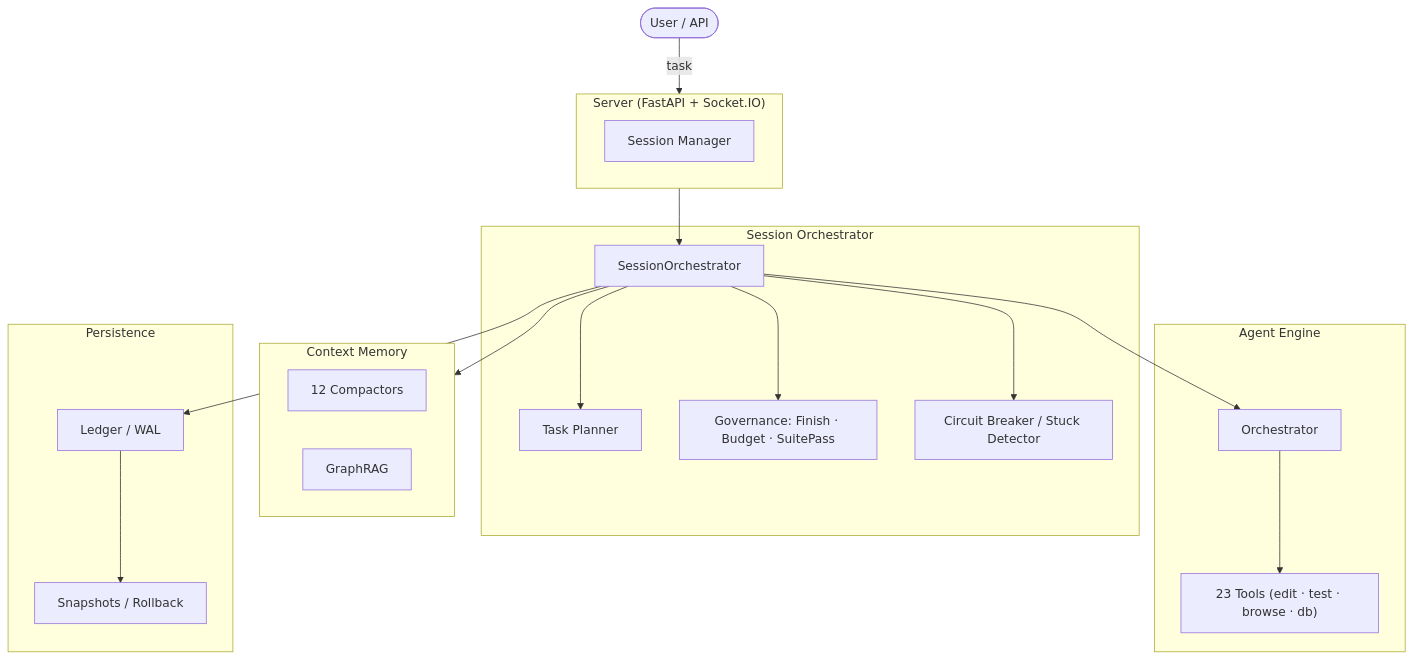
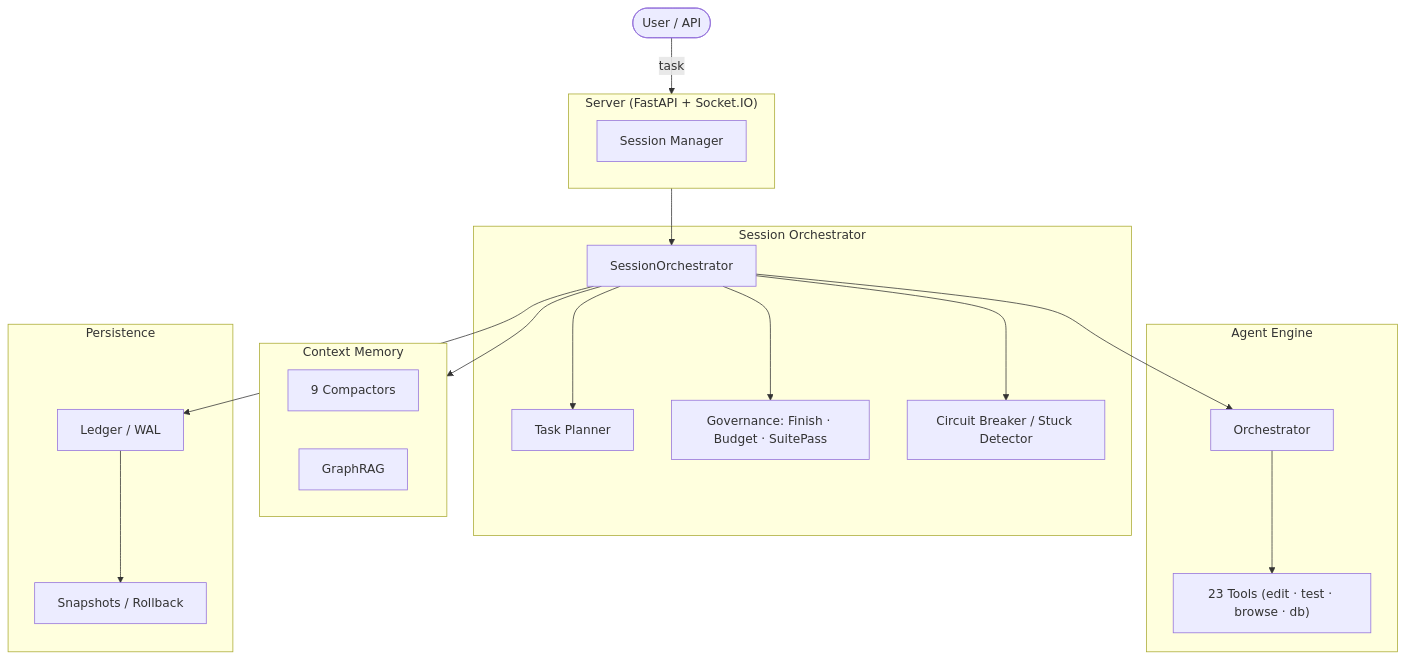
Before and after one commit to josephsenior/Grinta-Agent: the diagram in README.md, drawn with Mermaid. The commit also changed other lines of this file and 128 other files, not shown here.

````diff
--- a/README.md
+++ b/README.md
@@ -64,40 +64,40 @@
 ```mermaid
 graph TB
     User([User / API]) -->|task| Server
 
     subgraph Server["Server (FastAPI + Socket.IO)"]
         SM[Session Manager]
     end
 
     subgraph Controller["Session Orchestrator"]
         AC[SessionOrchestrator]
         Planner[Task Planner]
         Critics[Governance: Finish · Budget · SuitePass]
         Safety[Circuit Breaker / Stuck Detector]
     end
 
     subgraph Engine["Agent Engine"]
         ORCH[Orchestrator]
         Tools["23 Tools (edit · test · browse · db)"]
     end
 
     subgraph Memory["Context Memory"]
-        Condensers["12 Compactors"]
+        Condensers["9 Compactors"]
         GraphRAG[GraphRAG]
     end
 
     subgraph Persistence["Persistence"]
         ES[Ledger / WAL]
         Checkpoints[Snapshots / Rollback]
     end
 
     Server --> AC
     AC --> Planner
     AC --> ORCH
     ORCH --> Tools
     AC --> Memory
     AC --> Critics
     AC --> Safety
     AC --> ES
     ES --> Checkpoints
 ```
````
